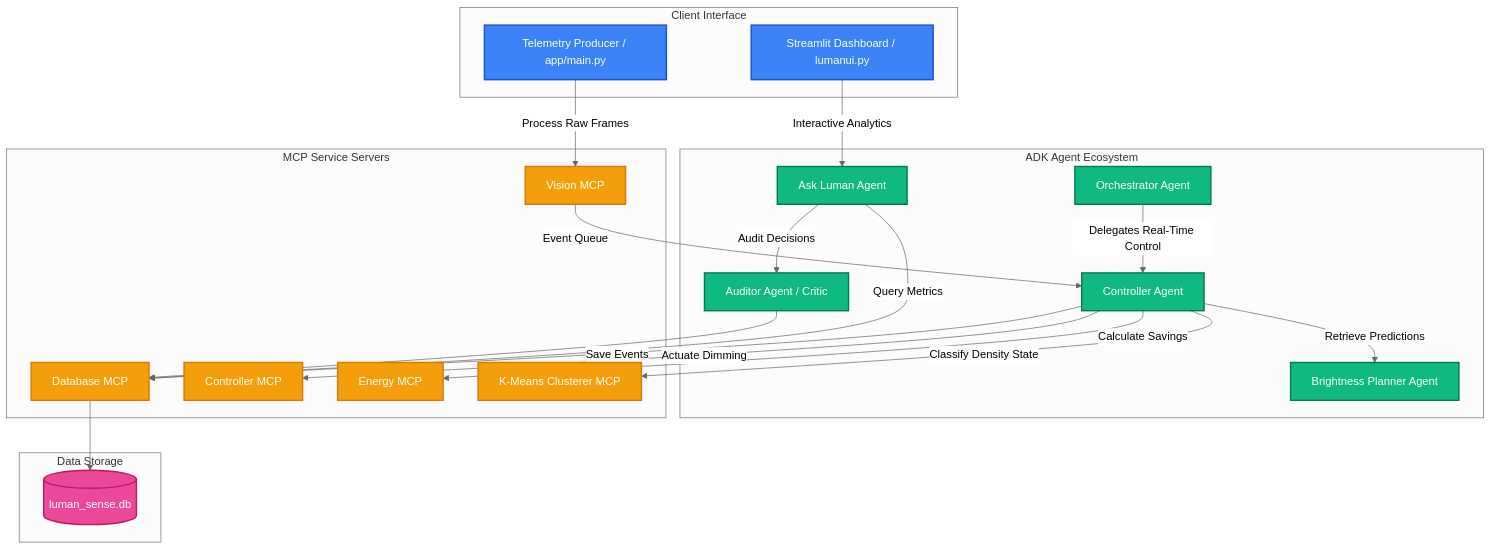
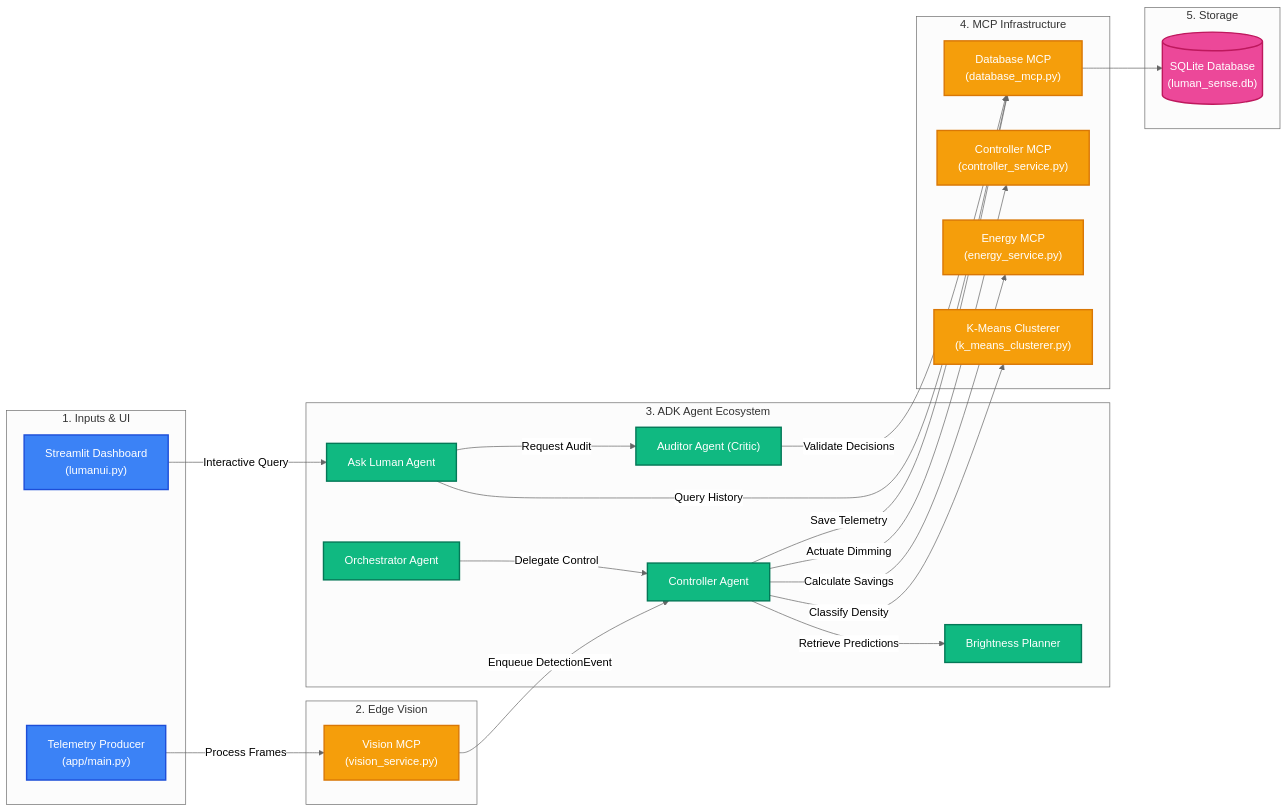
Before and after one commit to Krithinarayanan/LumanSense: the first of 2 diagrams in README.md, drawn with Mermaid (neutral theme). The commit also changed 13 other files, not shown here.

````diff
--- a/README.md
+++ b/README.md
@@ -33,46 +33,56 @@
 ```mermaid
-graph TD
+graph LR
     classDef client fill:#3b82f6,stroke:#1d4ed8,stroke-width:2px,color:#fff;
     classDef agent fill:#10b981,stroke:#047857,stroke-width:2px,color:#fff;
     classDef mcp fill:#f59e0b,stroke:#d97706,stroke-width:2px,color:#fff;
     classDef db fill:#ec4899,stroke:#be185d,stroke-width:2px,color:#fff;
 
-    subgraph Client Interface
-        UI[Streamlit Dashboard / lumanui.py]:::client
-        Sim[Telemetry Producer / app/main.py]:::client
+    subgraph Col1 ["1. Inputs & UI"]
+        UI["Streamlit Dashboard<br>(lumanui.py)"]:::client
+        Sim["Telemetry Producer<br>(app/main.py)"]:::client
     end
 
-    subgraph ADK Agent Ecosystem
-        Orch[Orchestrator Agent]:::agent
-        CtrlAgent[Controller Agent]:::agent
-        Planner[Brightness Planner Agent]:::agent
-        Analyst[Ask Luman Agent]:::agent
-        Auditor[Auditor Agent / Critic]:::agent
+    subgraph Col2 ["2. Edge Vision"]
+        VisionMCP["Vision MCP<br>(vision_service.py)"]:::mcp
     end
 
-    subgraph MCP Service Servers
-        VisionMCP[Vision MCP]:::mcp
-        DBMCP[Database MCP]:::mcp
-        ActuatorMCP[Controller MCP]:::mcp
-        EnergyMCP[Energy MCP]:::mcp
-        KMeansMCP[K-Means Clusterer MCP]:::mcp
+    subgraph Col3 ["3. ADK Agent Ecosystem"]
+        Orch["Orchestrator Agent"]:::agent
+        CtrlAgent["Controller Agent"]:::agent
+        Planner["Brightness Planner"]:::agent
+        Analyst["Ask Luman Agent"]:::agent
+        Auditor["Auditor Agent (Critic)"]:::agent
     end
 
-    subgraph Data Storage
-        SQLite[(luman_sense.db)]:::db
+    subgraph Col4 ["4. MCP Infrastructure"]
+        DBMCP["Database MCP<br>(database_mcp.py)"]:::mcp
+        ActuatorMCP["Controller MCP<br>(controller_service.py)"]:::mcp
+        EnergyMCP["Energy MCP<br>(energy_service.py)"]:::mcp
+        KMeansMCP["K-Means Clusterer<br>(k_means_clusterer.py)"]:::mcp
     end
 
-    Sim -->|Process Raw Frames| VisionMCP
-    VisionMCP -->|Event Queue| CtrlAgent
-    Orch -->|Delegates Real-Time Control| CtrlAgent
+    subgraph Col5 ["5. Storage"]
+        SQLite[("SQLite Database<br>(luman_sense.db)")]:::db
+    end
+
+    %% Real-time control loop flow
+    Sim -->|Process Frames| VisionMCP
+    VisionMCP -->|Enqueue DetectionEvent| CtrlAgent
+    Orch -->|Delegate Control| CtrlAgent
     CtrlAgent -->|Retrieve Predictions| Planner
-    CtrlAgent -->|Classify Density State| KMeansMCP
-    CtrlAgent -->|Save Events| DBMCP
+
+    %% Controller actions
+    CtrlAgent -->|Classify Density| KMeansMCP
     CtrlAgent -->|Actuate Dimming| ActuatorMCP
     CtrlAgent -->|Calculate Savings| EnergyMCP
-    UI -->|Interactive Analytics| Analyst
-    Analyst -->|Audit Decisions| Auditor
-    Analyst -->|Query Metrics| DBMCP
+    CtrlAgent -->|Save Telemetry| DBMCP
+
+    %% Operator / Analyst flow
+    UI -->|Interactive Query| Analyst
+    Analyst -->|Request Audit| Auditor
+    Analyst -->|Query History| DBMCP
+    Auditor -->|Validate Decisions| DBMCP
+
+    %% Persistence
     DBMCP --> SQLite
-    Auditor --> DBMCP
 ```
````
